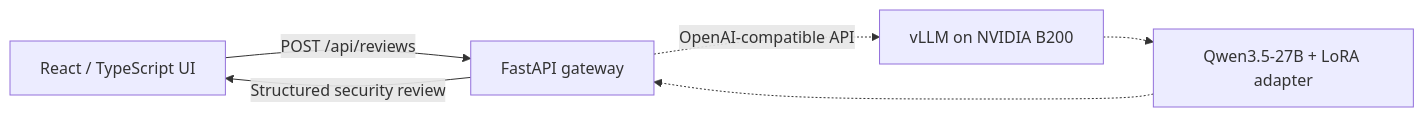
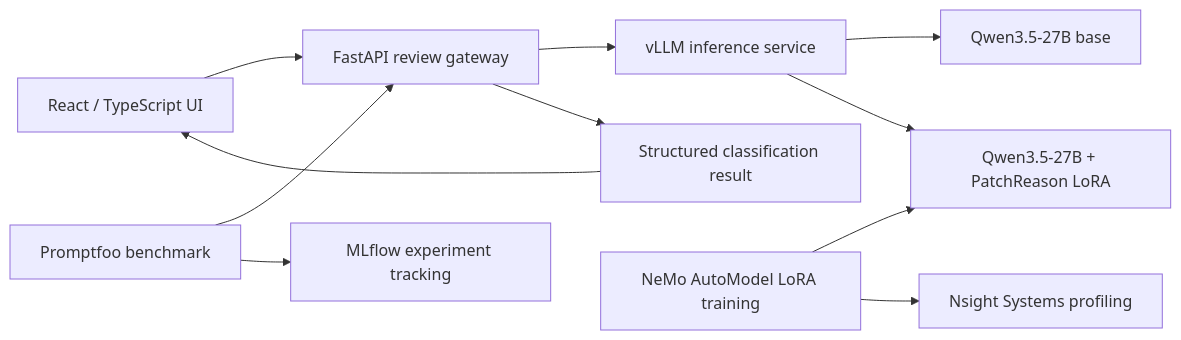
The first of 2 diagrams in README.md (smrivero/PatchReason), drawn with Mermaid before and after one commit. The commit also changed other lines of this file and 7 other files, not shown here.

Commit message:
Add B200 training, evaluation and profiling evidence

````diff
--- a/README.md
+++ b/README.md
@@ -40,8 +30,13 @@
 ```mermaid
 flowchart LR
-    A[React / TypeScript UI] -->|POST /api/reviews| B[FastAPI gateway]
-    B -.->|OpenAI-compatible API| C[vLLM on NVIDIA B200]
-    C -.-> D[Qwen3.5-27B + LoRA adapter]
-    D -.-> B
-    B -->|Structured security review| A
+    UI[React / TypeScript UI] --> API[FastAPI review gateway]
+    API --> V[vLLM inference service]
+    V --> BASE[Qwen3.5-27B base]
+    V --> LORA[Qwen3.5-27B + PatchReason LoRA]
+    API --> OUT[Structured classification result]
+    OUT --> UI
+    TEST[Promptfoo benchmark] --> API
+    TEST --> TRACK[MLflow experiment tracking]
+    TRAIN[NeMo AutoModel LoRA training] --> LORA
+    TRAIN --> NS[Nsight Systems profiling]
 ```
````
